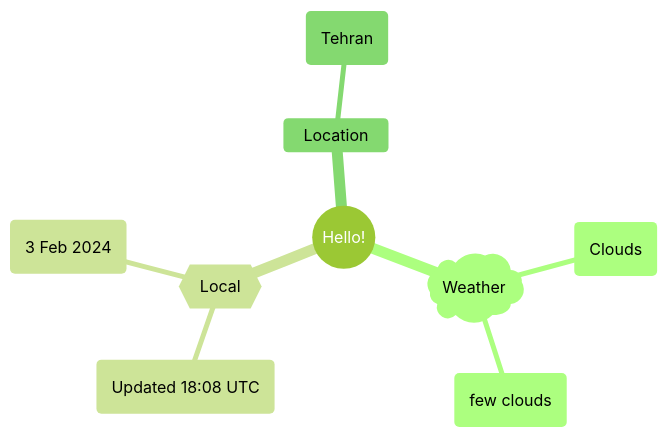
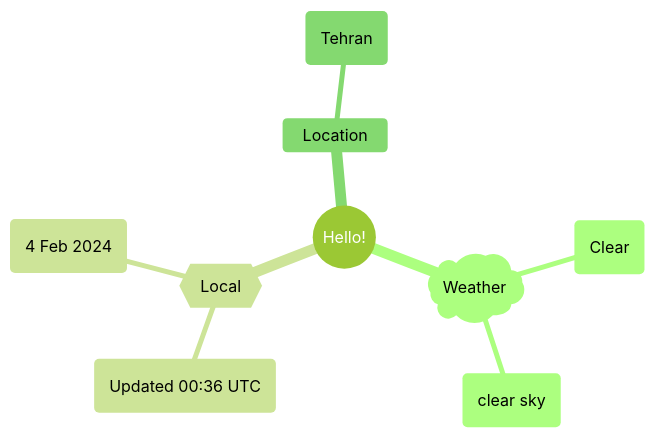
The first of 2 diagrams in README.md (Xosrov/Xosrov), drawn with Mermaid (forest theme) before and after one commit.

Commit message:
[bot] updated images

````diff
--- a/README.md
+++ b/README.md
@@ -3,12 +3,12 @@
 ```mermaid
 mindmap
   root((Hello!))
     )Weather(
-        (Clouds)
-        (few clouds)
+        (Clear)
+        (clear sky)
     {{Local}}
-        (Updated 18:08 UTC)
-        (3 Feb 2024)
+        (Updated 00:36 UTC)
+        (4 Feb 2024)
     Location
         (Tehran)
 ```
````
